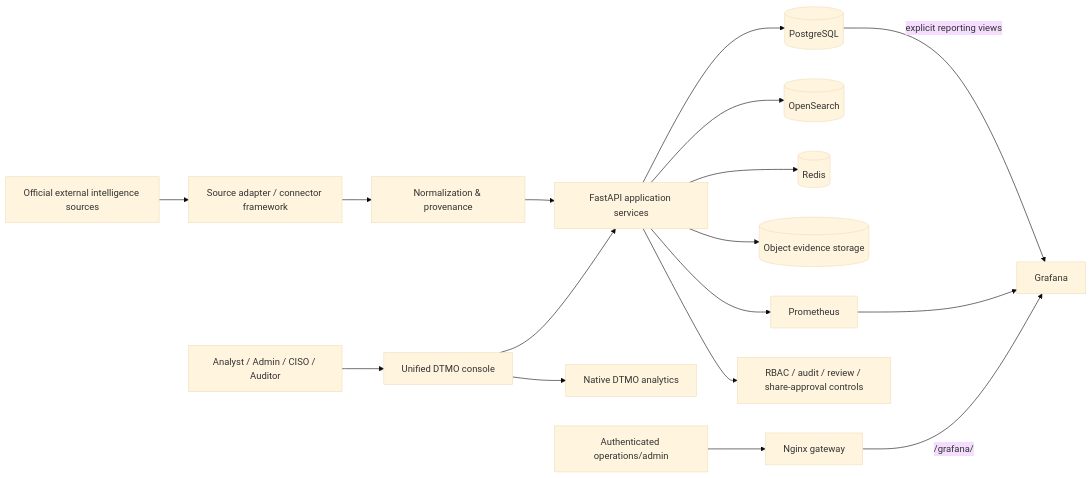
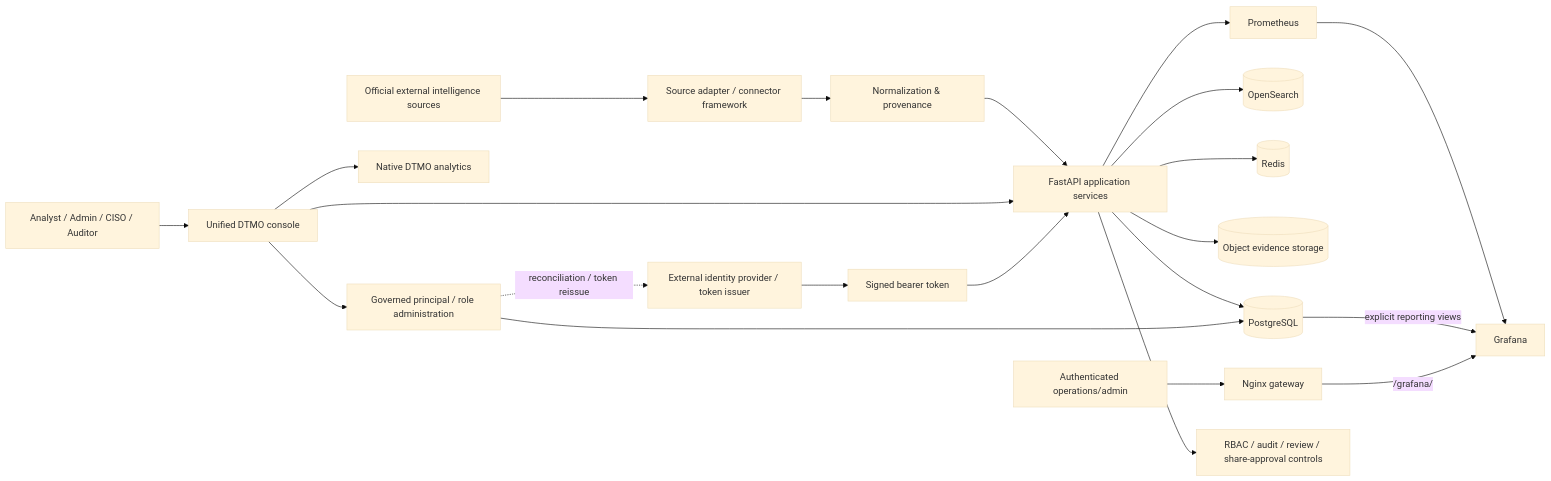
One commit to GJvManen/dtmo changed the diagram in docs/architecture/SYSTEM_ARCHITECTURE.md. Above: the diagram before and after it, drawn with Mermaid (base theme). The commit also changed other lines of this file, not shown here.

Commit message:
docs(rc13.3): add managed RBAC architecture boundary

````diff
--- a/docs/architecture/SYSTEM_ARCHITECTURE.md
+++ b/docs/architecture/SYSTEM_ARCHITECTURE.md
@@ -12,23 +12,29 @@
 ```mermaid
 flowchart LR
     EXT[Official external intelligence sources] --> CF[Source adapter / connector framework]
     CF --> NP[Normalization & provenance]
     NP --> API[FastAPI application services]
 
     API --> PG[(PostgreSQL)]
     API --> OS[(OpenSearch)]
     API --> RD[(Redis)]
     API --> OBJ[(Object evidence storage)]
 
+    USER[Analyst / Admin / CISO / Auditor] --> CONSOLE[Unified DTMO console]
+    CONSOLE --> API
+    CONSOLE --> NATIVE[Native DTMO analytics]
+    CONSOLE --> RBAC[Governed principal / role administration]
+    RBAC --> PG
+
+    IDP[External identity provider / token issuer] --> TOKEN[Signed bearer token]
+    TOKEN --> API
+    RBAC -. reconciliation / token reissue .-> IDP
+
     API --> PM[Prometheus]
     PM --> GF[Grafana]
     PG -->|explicit reporting views| GF
-
-    USER[Analyst / Admin / CISO / Auditor] --> CONSOLE[Unified DTMO console]
-    CONSOLE --> API
-    CONSOLE --> NATIVE[Native DTMO analytics]
     OPS[Authenticated operations/admin] --> GW[Nginx gateway]
     GW -->|/grafana/| GF
 
     API --> GOV[RBAC / audit / review / share-approval controls]
 ```
````
